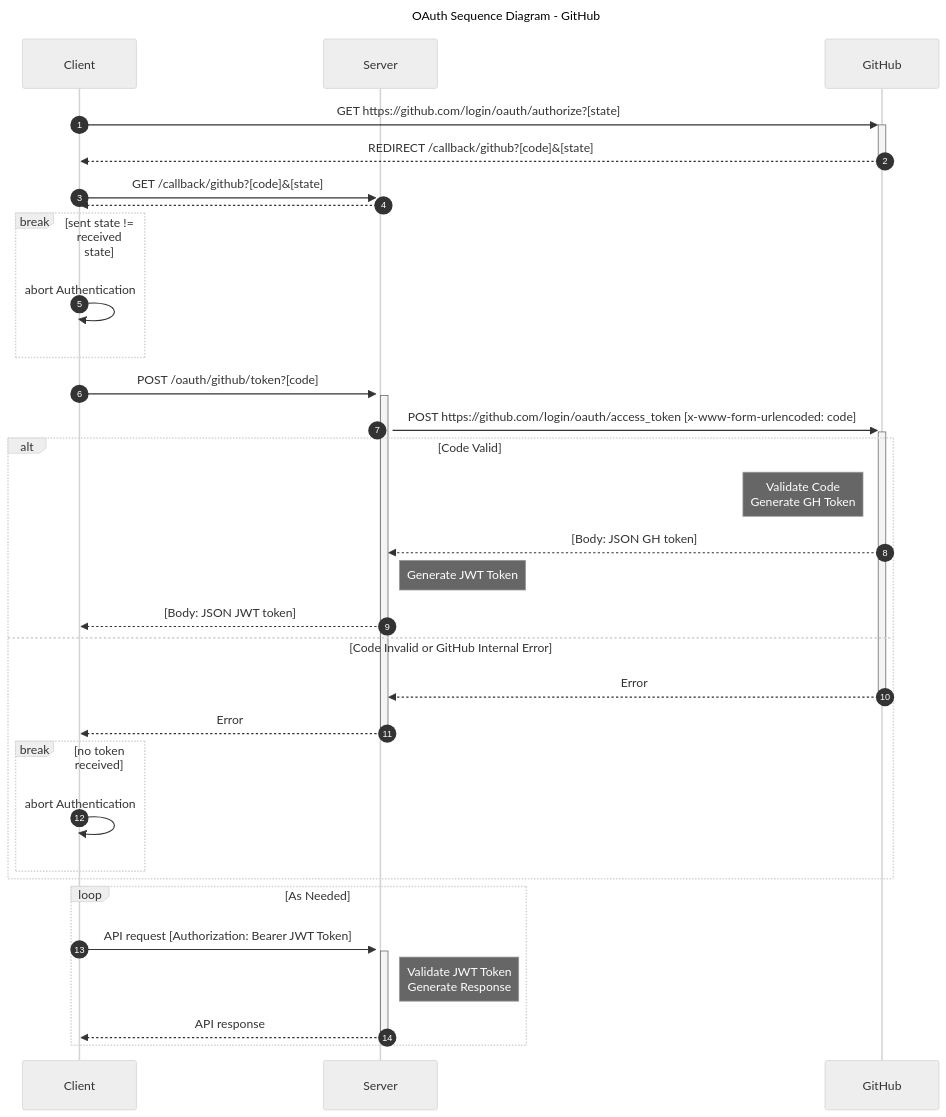
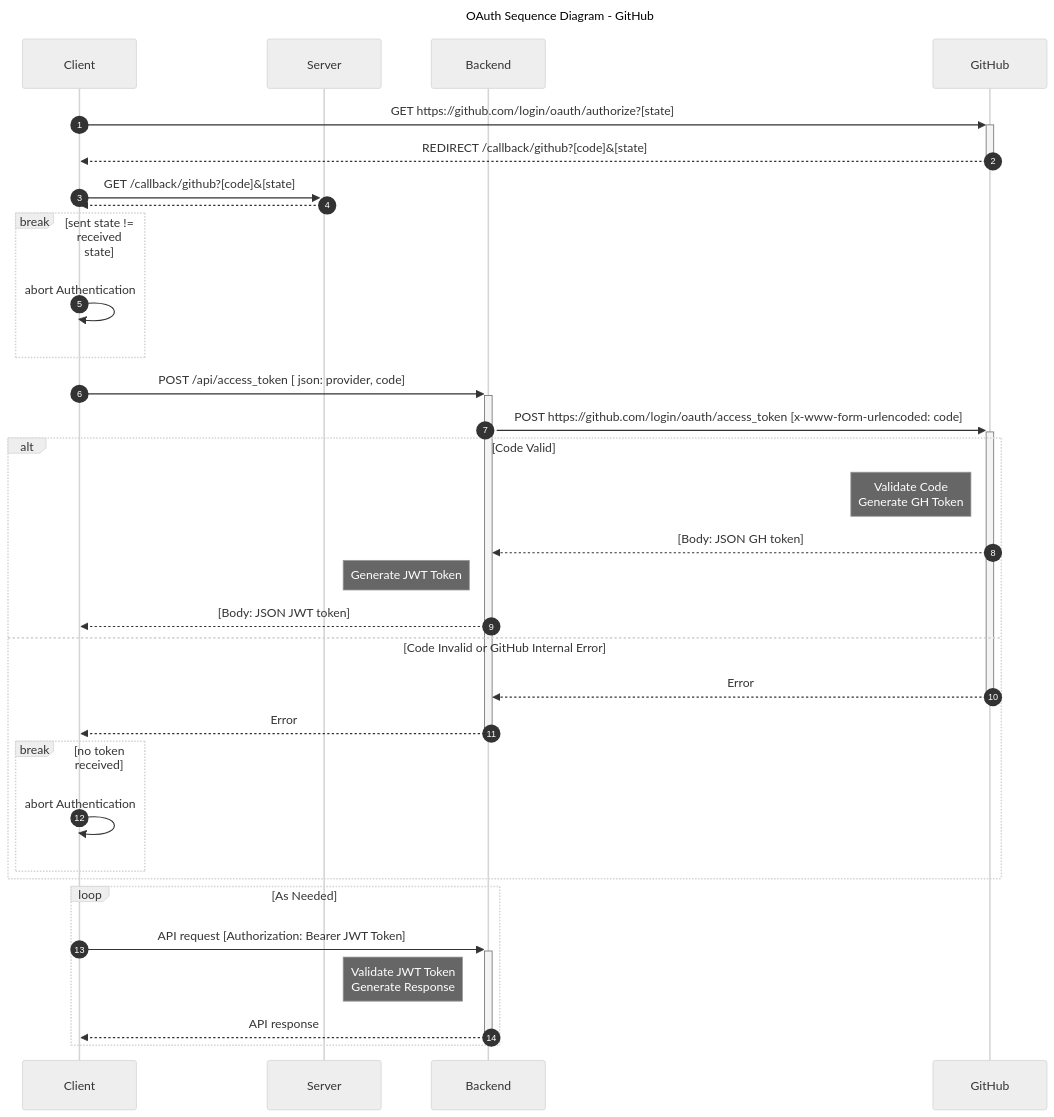
One commit to lezelelyba/aoc2024 changed the diagram in site/static/mermaid/OAuth.mermaid. Above: the diagram before and after it, drawn with Mermaid. The commit also changed 12 other files, not shown here.

Commit message:
fix(ghpages): specify config to use feat(web): add api-only flag feat(web): add api-only flag tests fix(web): update documentation and comments chore(swagger): update docs fix(mermaid): update the mermaid oauth flow

```diff
--- a/site/static/mermaid/OAuth.mermaid
+++ b/site/static/mermaid/OAuth.mermaid
@@ -1,40 +1,41 @@
 ---
 title: OAuth Sequence Diagram - GitHub
 config:
     theme: neutral
 ---
 sequenceDiagram
     autonumber
     participant Client
     participant Server
+    participant Backend
     participant GitHub
     Client->>+GitHub: GET https://github.com/login/oauth/authorize?[state]
     GitHub-->>-Client: REDIRECT /callback/github?[code]&[state]
     Client->>+Server: GET /callback/github?[code]&[state]    
     Server-->>Client: 
     break sent state != received state
     Client->>Client: abort Authentication
     end
-    Client->>+Server: POST /oauth/github/token?[code]
-    Server->>+GitHub: POST https://github.com/login/oauth/access_token [x-www-form-urlencoded: code]
+    Client->>+Backend: POST /api/access_token [ json: provider, code]
+    Backend->>+GitHub: POST https://github.com/login/oauth/access_token [x-www-form-urlencoded: code]
     alt Code Valid
     Note left of GitHub: Validate Code<br>Generate GH Token
-    GitHub-->>Server: [Body: JSON GH token]
+    GitHub-->>Backend: [Body: JSON GH token]
     Note right of Server: Generate JWT Token
-    Server-->>Client: [Body: JSON JWT token]
+    Backend-->>Client: [Body: JSON JWT token]
     
     else Code Invalid or GitHub Internal Error
-    GitHub-->>-Server: Error
+    GitHub-->>-Backend: Error
     
-    Server-->>-Client: Error
+    Backend-->>-Client: Error
     
     break no token received
     Client->>Client: abort Authentication
     end
     end
     
     loop As Needed
-    Client->>+Server: API request [Authorization: Bearer JWT Token]
+    Client->>+Backend: API request [Authorization: Bearer JWT Token]
     Note right of Server: Validate JWT Token<br>Generate Response
-    Server-->>-Client: API response
+    Backend-->>-Client: API response
     end
```
